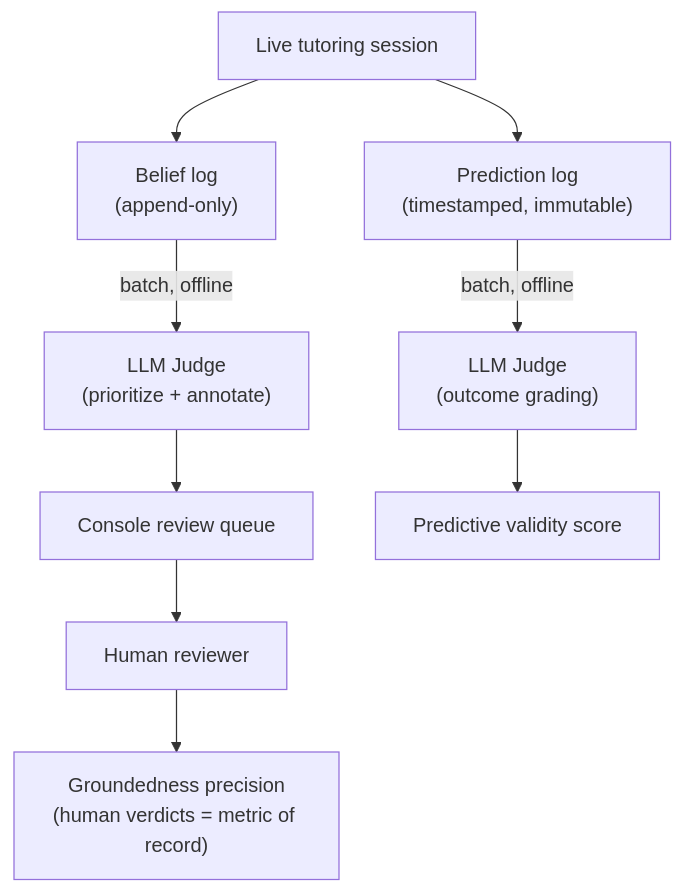
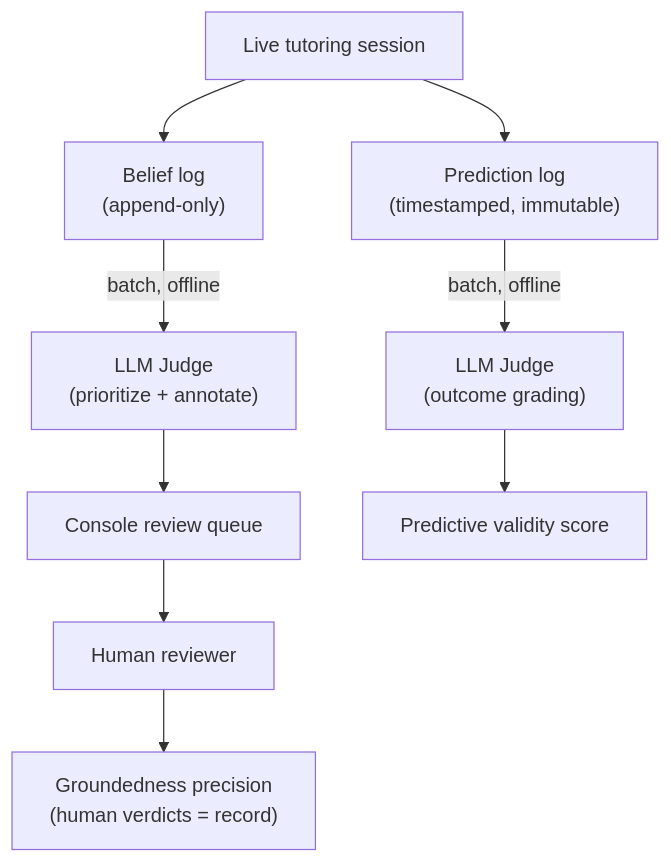
One commit to stemolly/wiki changed the second of 2 diagrams in src/content/docs/engine/engine-validation.md. Above: the diagram before and after it, drawn with Mermaid. The commit also changed other lines of this file and 51 other files, not shown here.

````diff
--- a/src/content/docs/engine/engine-validation.md
+++ b/src/content/docs/engine/engine-validation.md
@@ -134,11 +109,11 @@
 ```mermaid
 flowchart TD
     Tutor["Live tutoring session"] --> BeliefLog["Belief log<br/>(append-only)"]
     Tutor --> PredLog["Prediction log<br/>(timestamped, immutable)"]
     BeliefLog -->|"batch, offline"| Judge["LLM Judge<br/>(prioritize + annotate)"]
     Judge --> Queue["Console review queue"]
     Queue --> Human["Human reviewer"]
-    Human --> Metric["Groundedness precision<br/>(human verdicts = metric of record)"]
+    Human --> Metric["Groundedness precision<br/>(human verdicts = record)"]
     PredLog -->|"batch, offline"| Judge2["LLM Judge<br/>(outcome grading)"]
     Judge2 --> PredMetric["Predictive validity score"]
 ```
````
